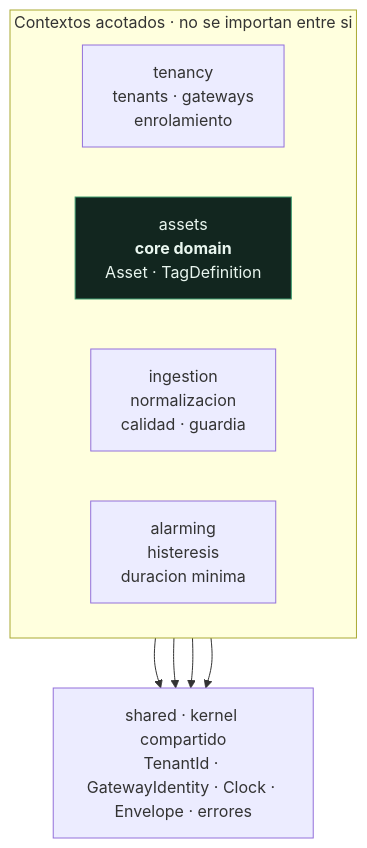
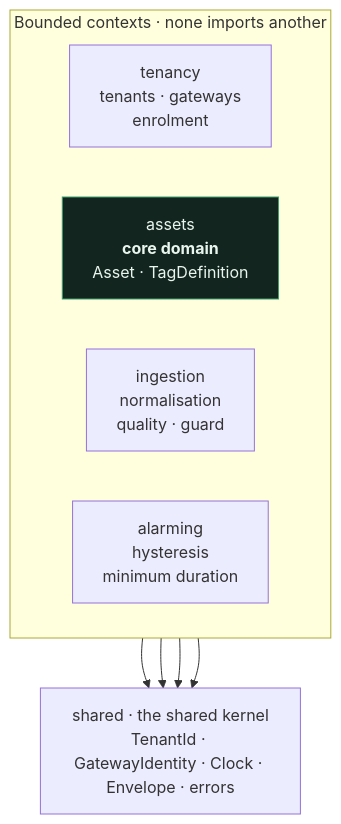
One commit to Zoel-Manchon/ferrogate changed the second of 4 diagrams in README.md. Above: the diagram before and after it, drawn with Mermaid. The commit also changed other lines of this file, not shown here.

````diff
--- a/README.md
+++ b/README.md
@@ -107,20 +70,20 @@
 ```mermaid
 flowchart TB
-    subgraph CTX["Contextos acotados · no se importan entre si"]
+    subgraph CTX["Bounded contexts · none imports another"]
         direction LR
-        TEN["tenancy<br/>tenants · gateways<br/>enrolamiento"]
+        TEN["tenancy<br/>tenants · gateways<br/>enrolment"]
         AST["assets<br/><b>core domain</b><br/>Asset · TagDefinition"]
-        ING["ingestion<br/>normalizacion<br/>calidad · guardia"]
-        ALM["alarming<br/>histeresis<br/>duracion minima"]
+        ING["ingestion<br/>normalisation<br/>quality · guard"]
+        ALM["alarming<br/>hysteresis<br/>minimum duration"]
     end
 
-    SHR["shared · kernel compartido<br/>TenantId · GatewayIdentity · Clock · Envelope · errores"]
+    SHR["shared · the shared kernel<br/>TenantId · GatewayIdentity · Clock · Envelope · errors"]
 
     TEN --> SHR
     AST --> SHR
     ING --> SHR
     ALM --> SHR
 
     classDef core fill:#12261f,stroke:#3f9d70,color:#e9f6ef
     class AST core
 ```
````
